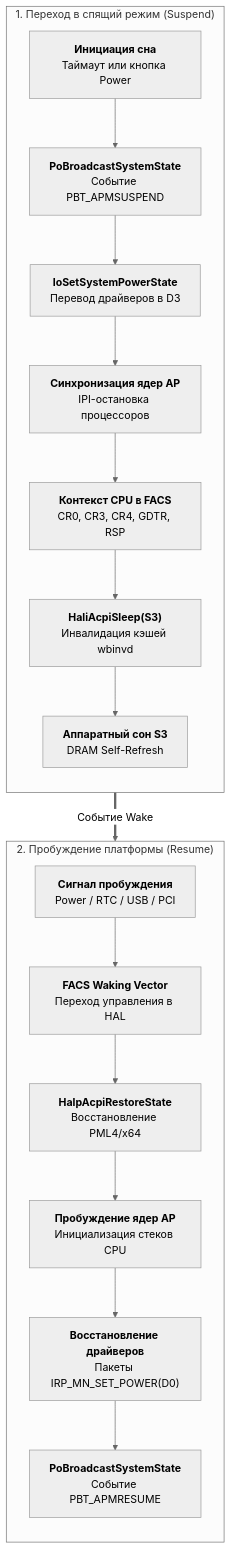
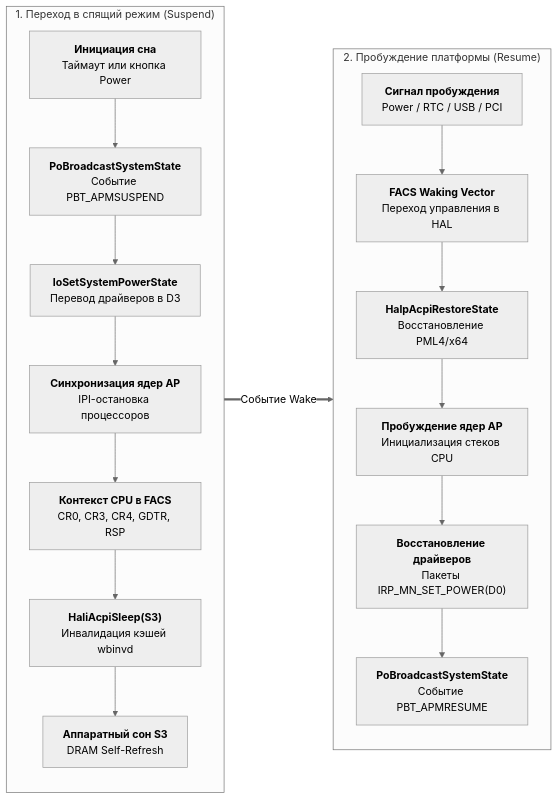
The diagram in docs/power/02-sleep.md (Grovvik/nt-docs), drawn with Mermaid (neutral theme) before and after one commit. The commit also changed 8 other files, not shown here.

````diff
--- a/docs/power/02-sleep.md
+++ b/docs/power/02-sleep.md
@@ -11,25 +11,25 @@
 ```mermaid
-flowchart TD
+flowchart LR
     subgraph SLEEP_TRANSITION ["1. Переход в спящий режим (Suspend)"]
         direction TB
         S1["<b>Инициация сна</b><br/>Таймаут или кнопка Power"]
         S1 --> S2["<b>PoBroadcastSystemState</b><br/>Событие PBT_APMSUSPEND"]
         S2 --> S3["<b>IoSetSystemPowerState</b><br/>Перевод драйверов в D3"]
         S3 --> S4["<b>Синхронизация ядер AP</b><br/>IPI-остановка процессоров"]
         S4 --> S5["<b>Контекст CPU в FACS</b><br/>CR0, CR3, CR4, GDTR, RSP"]
         S5 --> S6["<b>HaliAcpiSleep(S3)</b><br/>Инвалидация кэшей wbinvd"]
         S6 --> S7["<b>Аппаратный сон S3</b><br/>DRAM Self-Refresh"]
     end
 
     subgraph WAKE_TRANSITION ["2. Пробуждение платформы (Resume)"]
         direction TB
         W1["<b>Сигнал пробуждения</b><br/>Power / RTC / USB / PCI"]
         W1 --> W2["<b>FACS Waking Vector</b><br/>Переход управления в HAL"]
         W2 --> W3["<b>HalpAcpiRestoreState</b><br/>Восстановление PML4/x64"]
         W3 --> W4["<b>Пробуждение ядер AP</b><br/>Инициализация стеков CPU"]
         W4 --> W5["<b>Восстановление драйверов</b><br/>Пакеты IRP_MN_SET_POWER(D0)"]
         W5 --> W6["<b>PoBroadcastSystemState</b><br/>Событие PBT_APMRESUME"]
     end
 
     S7 ==>|Событие Wake| W1
 ```
````
